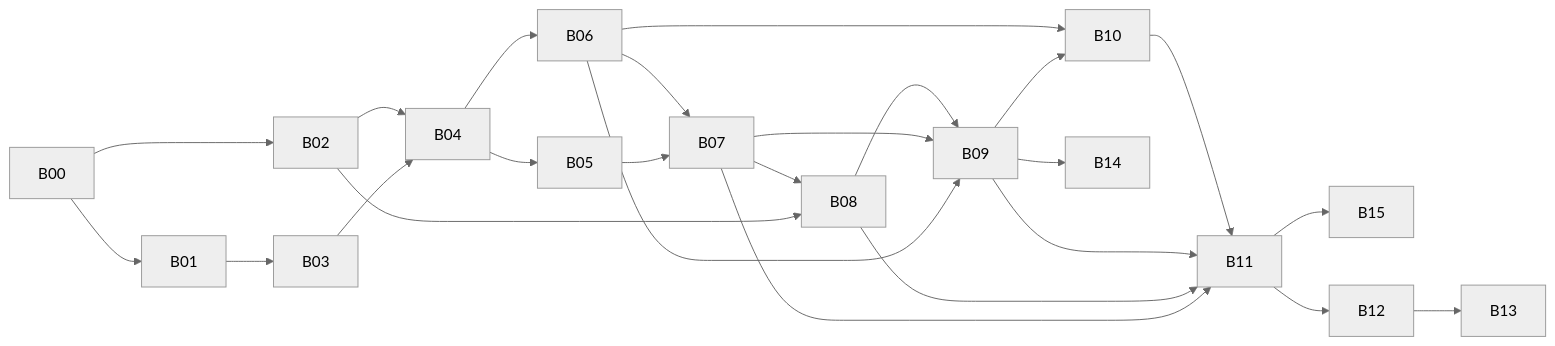
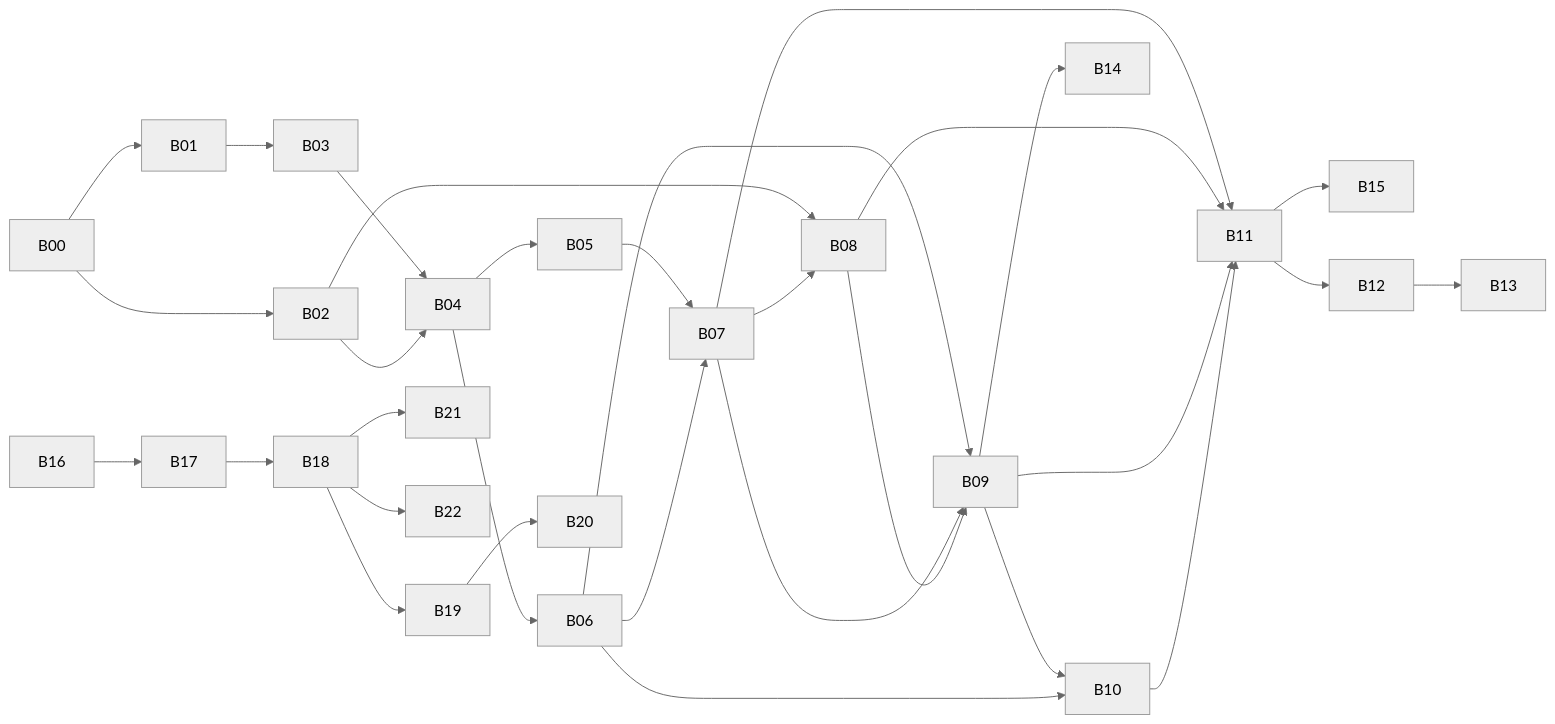
The diagram in docs/backlog/README.md (jonathan-vella/apex-factory-hackathon), drawn with Mermaid (neutral theme) before and after one commit. The commit also changed other lines of this file and 77 other files, not shown here.

````diff
--- a/docs/backlog/README.md
+++ b/docs/backlog/README.md
@@ -43,19 +51,22 @@
 ```mermaid
 flowchart LR
   B00 --> B01 --> B03 --> B04
   B00 --> B02 --> B04
   B04 --> B05 --> B07
   B04 --> B06 --> B07
   B02 --> B08
   B07 --> B08
   B06 --> B09
   B07 --> B09
   B08 --> B09 --> B10
   B09 --> B14
   B11 --> B15
+  B16 --> B17 --> B18 --> B19 --> B20
+  B18 --> B21
+  B18 --> B22
   B06 --> B10
   B07 --> B11
   B08 --> B11
   B09 --> B11
   B10 --> B11 --> B12 --> B13
 ```
````
